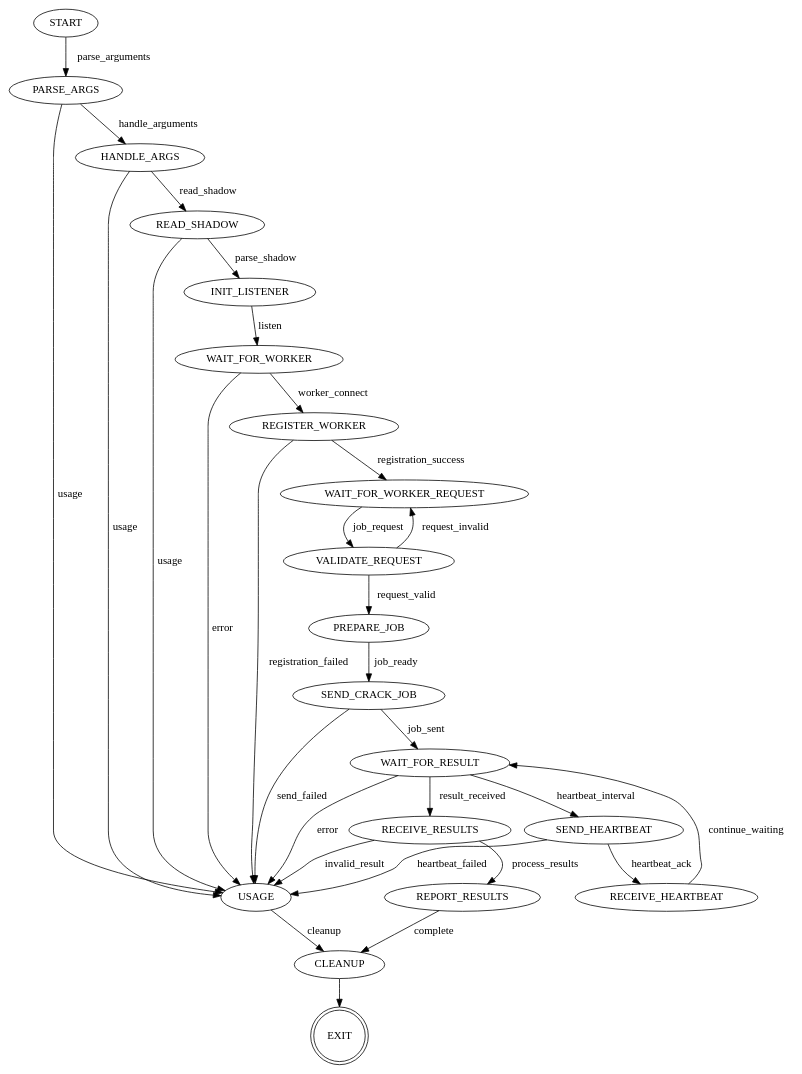
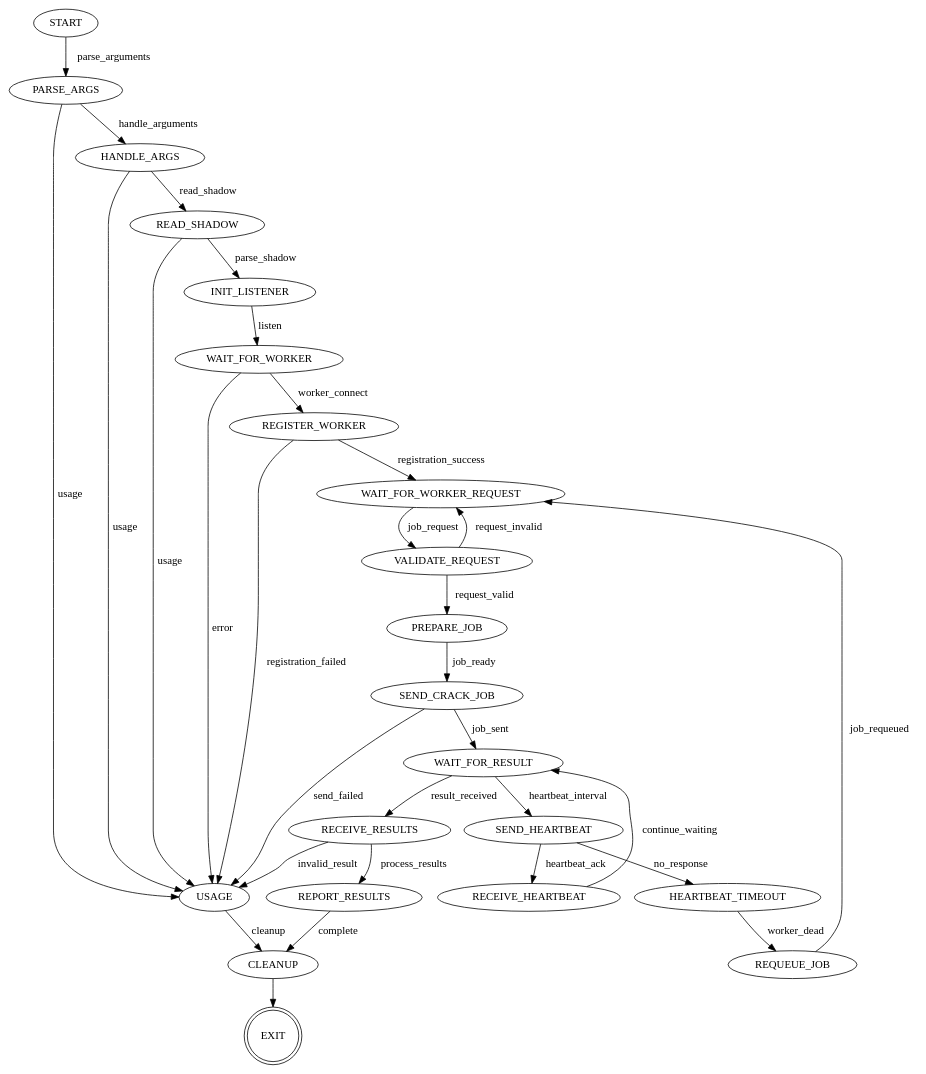
Before and after one commit to Wontoni/COMP8005-Password-Cracking: the diagram in source/controller.gv, drawn with Graphviz. The commit also changed 5 other files, not shown here.

```diff
--- a/source/controller.gv
+++ b/source/controller.gv
@@ -1,76 +1,83 @@
 digraph ControllerFSM {
     rankdir = UD;
     node [shape = ellipse;];
     
     START;
     PARSE_ARGS;
     HANDLE_ARGS;
     USAGE;
     READ_SHADOW;
     INIT_LISTENER;
     
     WAIT_FOR_WORKER;
     REGISTER_WORKER;
     WAIT_FOR_WORKER_REQUEST;
     VALIDATE_REQUEST;
     
     PREPARE_JOB;
     SEND_CRACK_JOB;
     
     WAIT_FOR_RESULT;
     RECEIVE_RESULTS;
     REPORT_RESULTS;
     
     SEND_HEARTBEAT;
     RECEIVE_HEARTBEAT;
+    HEARTBEAT_TIMEOUT;
+    
+    REQUEUE_JOB;
     
     CLEANUP;
     EXIT [shape = doublecircle;];
     
     START -> PARSE_ARGS [label = "parse_arguments";];
     
     PARSE_ARGS -> HANDLE_ARGS [label = "handle_arguments";];
     PARSE_ARGS -> USAGE [label = "usage";];
     
     HANDLE_ARGS -> READ_SHADOW [label = "read_shadow";];
     HANDLE_ARGS -> USAGE [label = "usage";];
     
     READ_SHADOW -> INIT_LISTENER [label = "parse_shadow";];
     READ_SHADOW -> USAGE [label = "usage";];
     
     INIT_LISTENER -> WAIT_FOR_WORKER [label = "listen";];
     
     WAIT_FOR_WORKER -> REGISTER_WORKER [label = "worker_connect";];
     WAIT_FOR_WORKER -> USAGE [label = "error";];
     
     REGISTER_WORKER -> WAIT_FOR_WORKER_REQUEST [label = "registration_success";];
     REGISTER_WORKER -> USAGE [label = "registration_failed";];
     
     WAIT_FOR_WORKER_REQUEST -> VALIDATE_REQUEST [label = "job_request";];
     
     VALIDATE_REQUEST -> PREPARE_JOB [label = "request_valid";];
     VALIDATE_REQUEST -> WAIT_FOR_WORKER_REQUEST [label = "request_invalid";];
     
     PREPARE_JOB -> SEND_CRACK_JOB [label = "job_ready";];
     
     SEND_CRACK_JOB -> WAIT_FOR_RESULT [label = "job_sent";];
     SEND_CRACK_JOB -> USAGE [label = "send_failed";];
     
     WAIT_FOR_RESULT -> RECEIVE_RESULTS [label = "result_received";];
     WAIT_FOR_RESULT -> SEND_HEARTBEAT [label = "heartbeat_interval";];
-    WAIT_FOR_RESULT -> USAGE [label = "error";];
     
     SEND_HEARTBEAT -> RECEIVE_HEARTBEAT [label = "heartbeat_ack";];
-    SEND_HEARTBEAT -> USAGE [label = "heartbeat_failed";];
+    SEND_HEARTBEAT -> HEARTBEAT_TIMEOUT [label = "no_response";];
     
     RECEIVE_HEARTBEAT -> WAIT_FOR_RESULT [label = "continue_waiting";];
+    
+    HEARTBEAT_TIMEOUT -> REQUEUE_JOB [label = "worker_dead";];
+    
+    REQUEUE_JOB -> WAIT_FOR_WORKER_REQUEST [label = "job_requeued";];
+    
     
     RECEIVE_RESULTS -> REPORT_RESULTS [label = "process_results";];
     RECEIVE_RESULTS -> USAGE [label = "invalid_result";];
     
     REPORT_RESULTS -> CLEANUP [label = "complete";];
     
     USAGE -> CLEANUP [label = "cleanup";];
     
     CLEANUP -> EXIT;
 }
```
